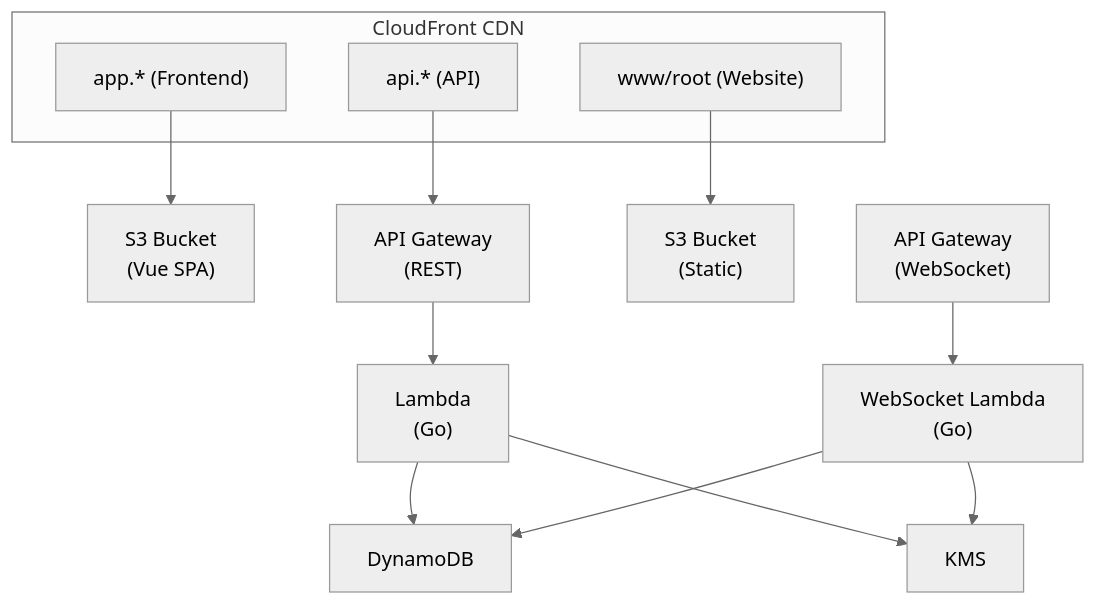
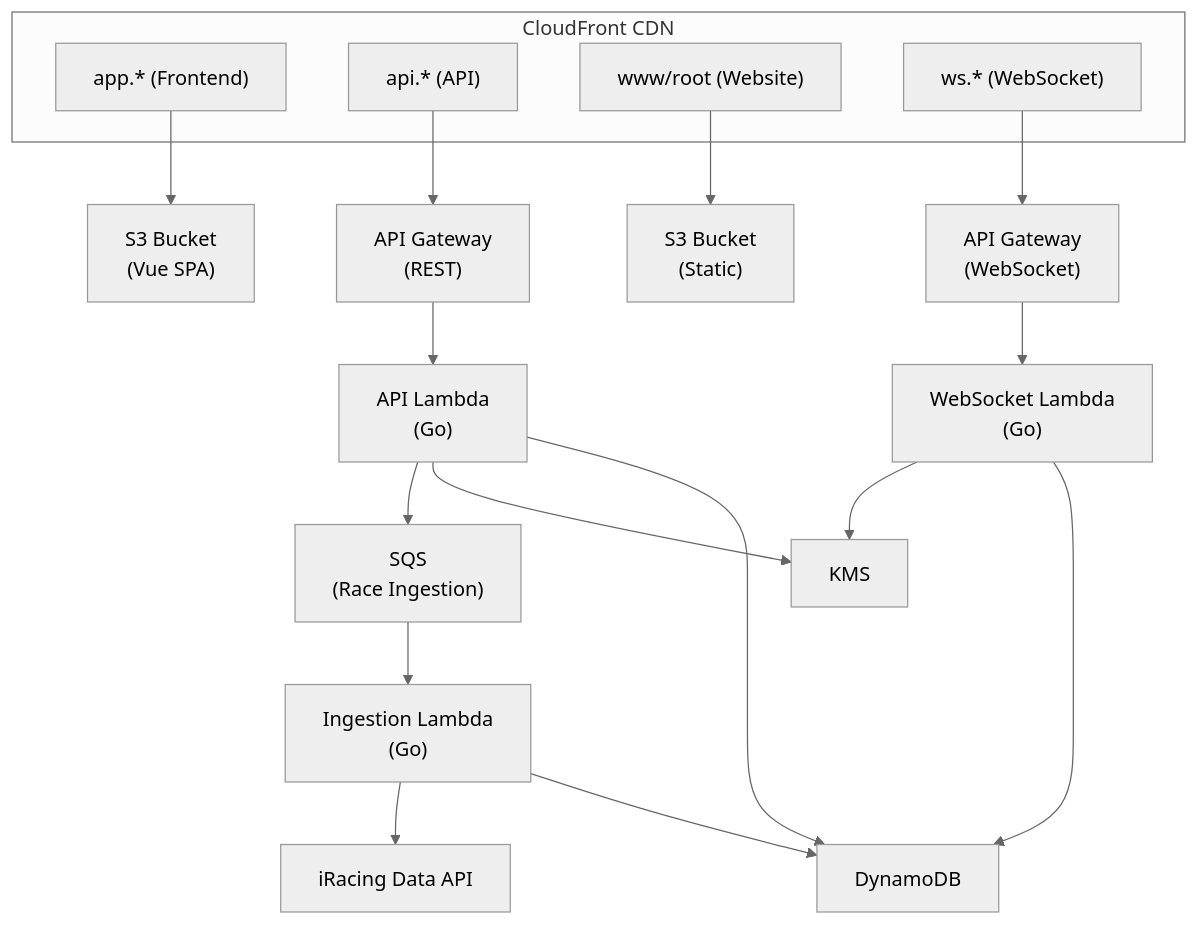
One commit to jonsabados/saturdaysspinout changed the diagram in README.md. Above: the diagram before and after it, drawn with Mermaid (neutral theme). The commit also changed other lines of this file and 24 other files, not shown here.

````diff
--- a/README.md
+++ b/README.md
@@ -7,20 +21,27 @@
 ```mermaid
 flowchart TB
     subgraph CloudFront["CloudFront CDN"]
         CF1["app.* (Frontend)"]
         CF2["api.* (API)"]
         CF3["www/root (Website)"]
+        CF4["ws.* (WebSocket)"]
     end
 
     CF1 --> S3_SPA["S3 Bucket<br/>(Vue SPA)"]
     CF2 --> APIGW["API Gateway<br/>(REST)"]
     CF3 --> S3_Static["S3 Bucket<br/>(Static)"]
+    CF4 --> WS_APIGW
 
-    APIGW --> Lambda["Lambda<br/>(Go)"]
+    APIGW --> Lambda["API Lambda<br/>(Go)"]
     Lambda --> DynamoDB["DynamoDB"]
     Lambda --> KMS["KMS"]
+    Lambda --> SQS["SQS<br/>(Race Ingestion)"]
+
+    SQS --> IngestionLambda["Ingestion Lambda<br/>(Go)"]
+    IngestionLambda --> DynamoDB
+    IngestionLambda --> iRacingAPI["iRacing Data API"]
 
     WS_APIGW["API Gateway<br/>(WebSocket)"] --> WS_Lambda["WebSocket Lambda<br/>(Go)"]
     WS_Lambda --> DynamoDB
     WS_Lambda --> KMS["KMS"]
 ```
````
